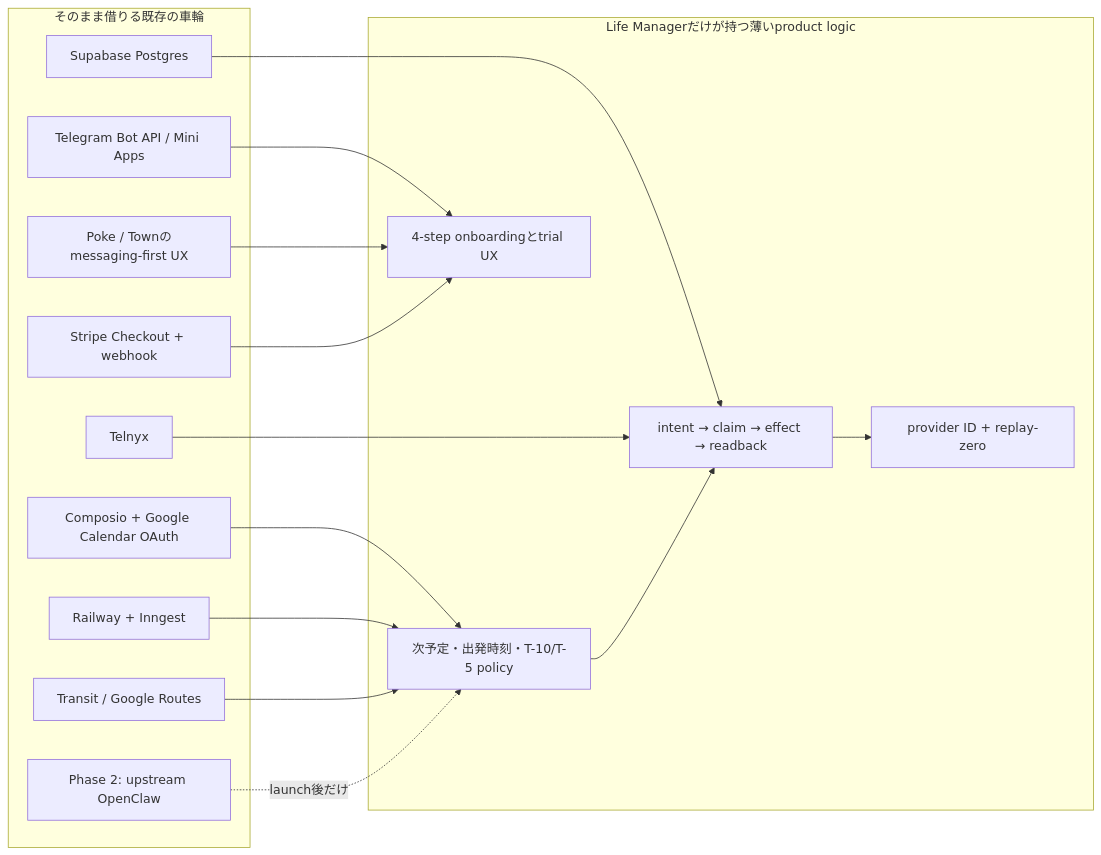
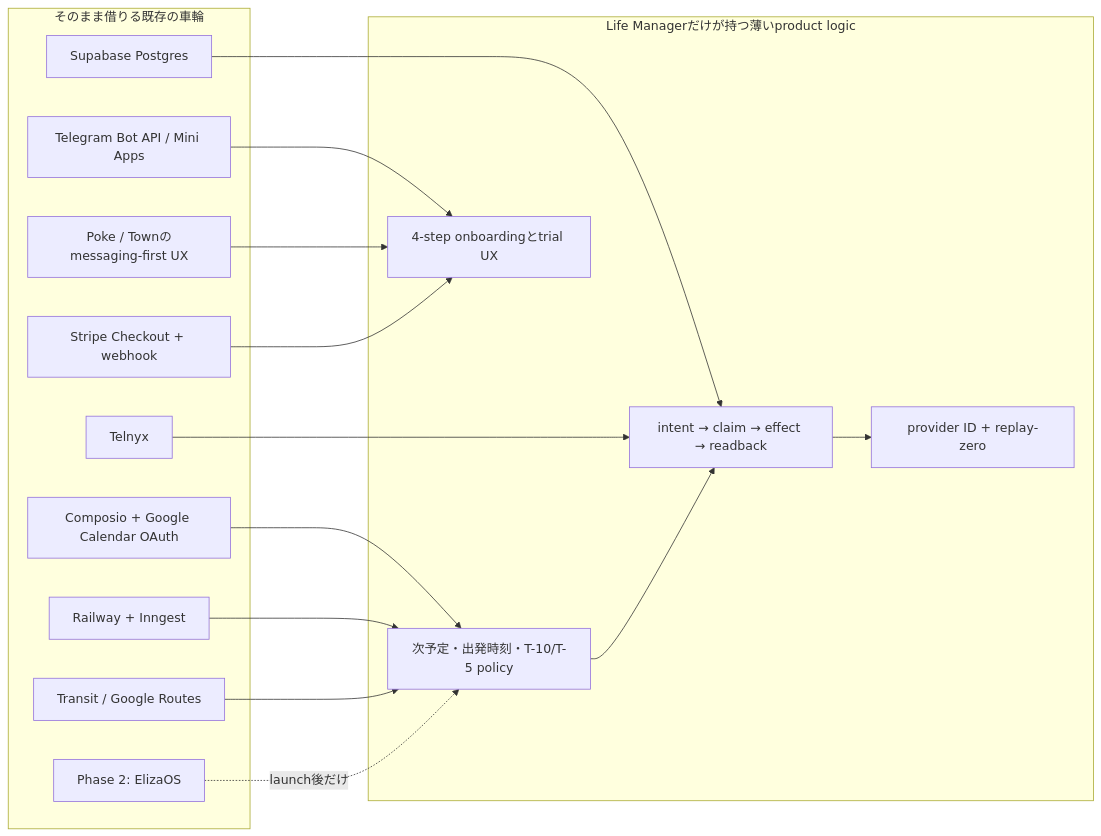
One commit to Daisuke134/anicca changed the fifth of 11 diagrams in docs/superpowers/specs/2026-08-28-life-manager-cloud-telegram-product-ux-design.md. Above: the diagram before and after it, drawn with Mermaid. The commit also changed other lines of this file and 1 other file, not shown here.

Commit message:
docs(life-manager): select ElizaOS after code audit

````diff
--- a/docs/superpowers/specs/2026-08-28-life-manager-cloud-telegram-product-ux-design.md
+++ b/docs/superpowers/specs/2026-08-28-life-manager-cloud-telegram-product-ux-design.md
@@ -244,32 +261,32 @@
 ```mermaid
 flowchart LR
   subgraph REUSE[そのまま借りる既存の車輪]
     MSG[Telegram Bot API / Mini Apps]
     UX[Poke / Townのmessaging-first UX]
     OAUTH[Composio + Google Calendar OAuth]
     RUN[Railway + Inngest]
     DATA[Supabase Postgres]
     PAY[Stripe Checkout + webhook]
     ROUTE[Transit / Google Routes]
     VOICE[Telnyx]
-    CHAT[Phase 2: upstream OpenClaw]
+    CHAT[Phase 2: ElizaOS]
   end
 
   subgraph OWN[Life Managerだけが持つ薄いproduct logic]
     POLICY[次予定・出発時刻・T-10/T-5 policy]
     UXSTATE[4-step onboardingとtrial UX]
     FENCE[intent → claim → effect → readback]
     PROOF[provider ID + replay-zero]
   end
 
   MSG --> UXSTATE
   UX --> UXSTATE
   OAUTH --> POLICY
   RUN --> POLICY
   DATA --> FENCE
   PAY --> UXSTATE
   ROUTE --> POLICY
   VOICE --> FENCE
   CHAT -. launch後だけ .-> POLICY
   POLICY --> FENCE --> PROOF
 ```
````
